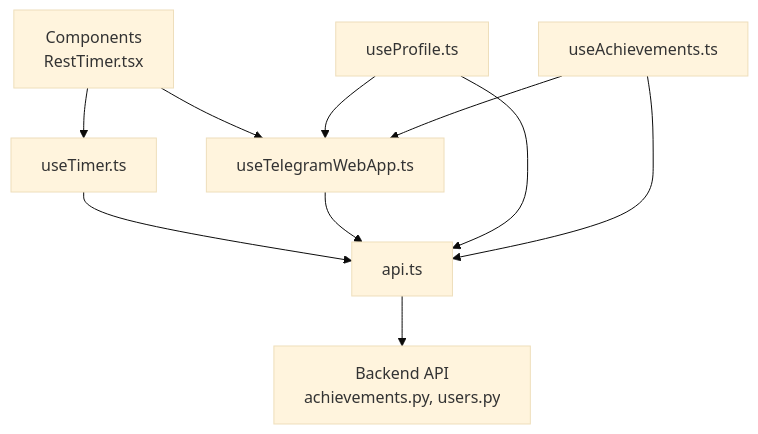
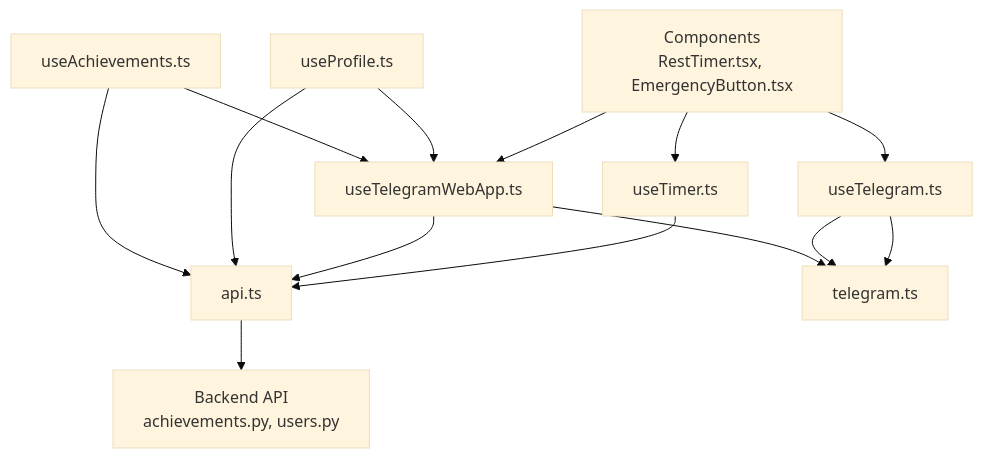
One commit to nilsnavi/fit_trackerpro changed the second of 7 diagrams in .qoder/repowiki/en/content/Frontend Component Architecture/Custom Hooks System.md. Above: the diagram before and after it, drawn with Mermaid (base theme). The commit also changed other lines of this file and 26 other files, not shown here.

````diff
--- a/.qoder/repowiki/en/content/Frontend Component Architecture/Custom Hooks System.md
+++ b/.qoder/repowiki/en/content/Frontend Component Architecture/Custom Hooks System.md
@@ -142,12 +158,16 @@
 ```mermaid
 graph TB
-UI["Components<br/>RestTimer.tsx"] --> H1["useTimer.ts"]
+UI["Components<br/>RestTimer.tsx, EmergencyButton.tsx"] --> H1["useTimer.ts"]
 UI --> H2["useTelegramWebApp.ts"]
+UI --> H3["useTelegram.ts"]
 H1 --> S["api.ts"]
 H2 --> S
-H3["useProfile.ts"] --> S
-H4["useAchievements.ts"] --> S
-H3 --> H2
+H3 --> TEL["telegram.ts"]
+H3 --> TEL
+H2 --> TEL
+H4["useProfile.ts"] --> S
+H5["useAchievements.ts"] --> S
 H4 --> H2
+H5 --> H2
 S --> BE["Backend API<br/>achievements.py, users.py"]
 ```
````
